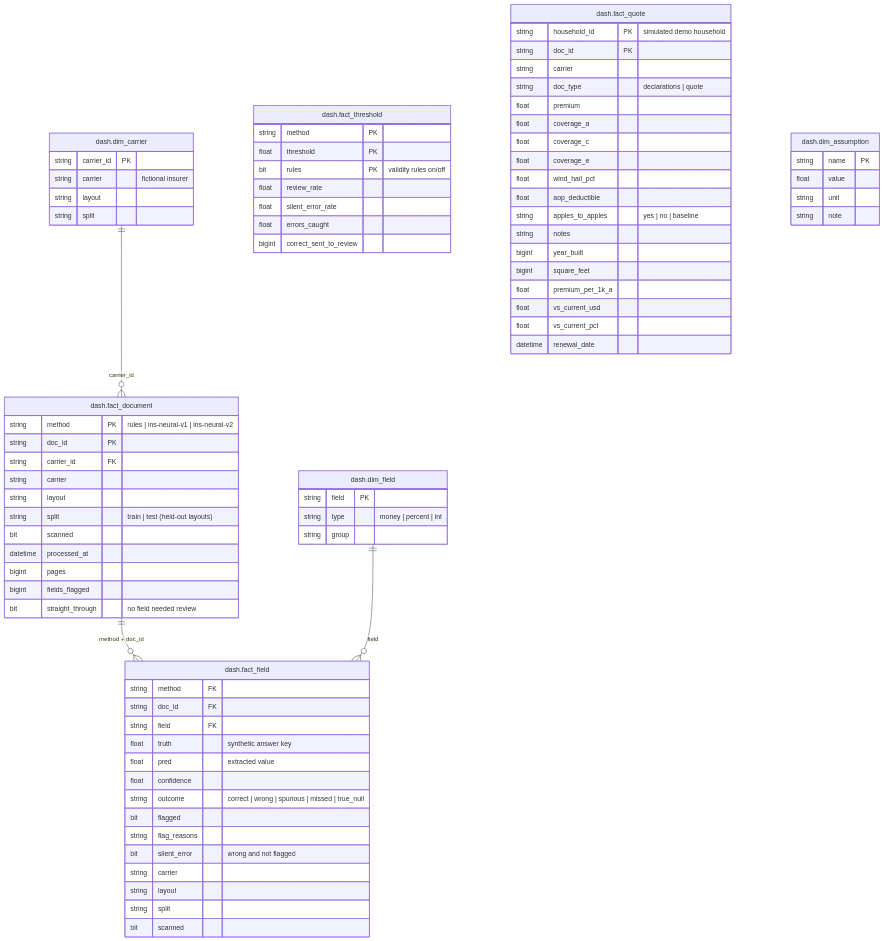
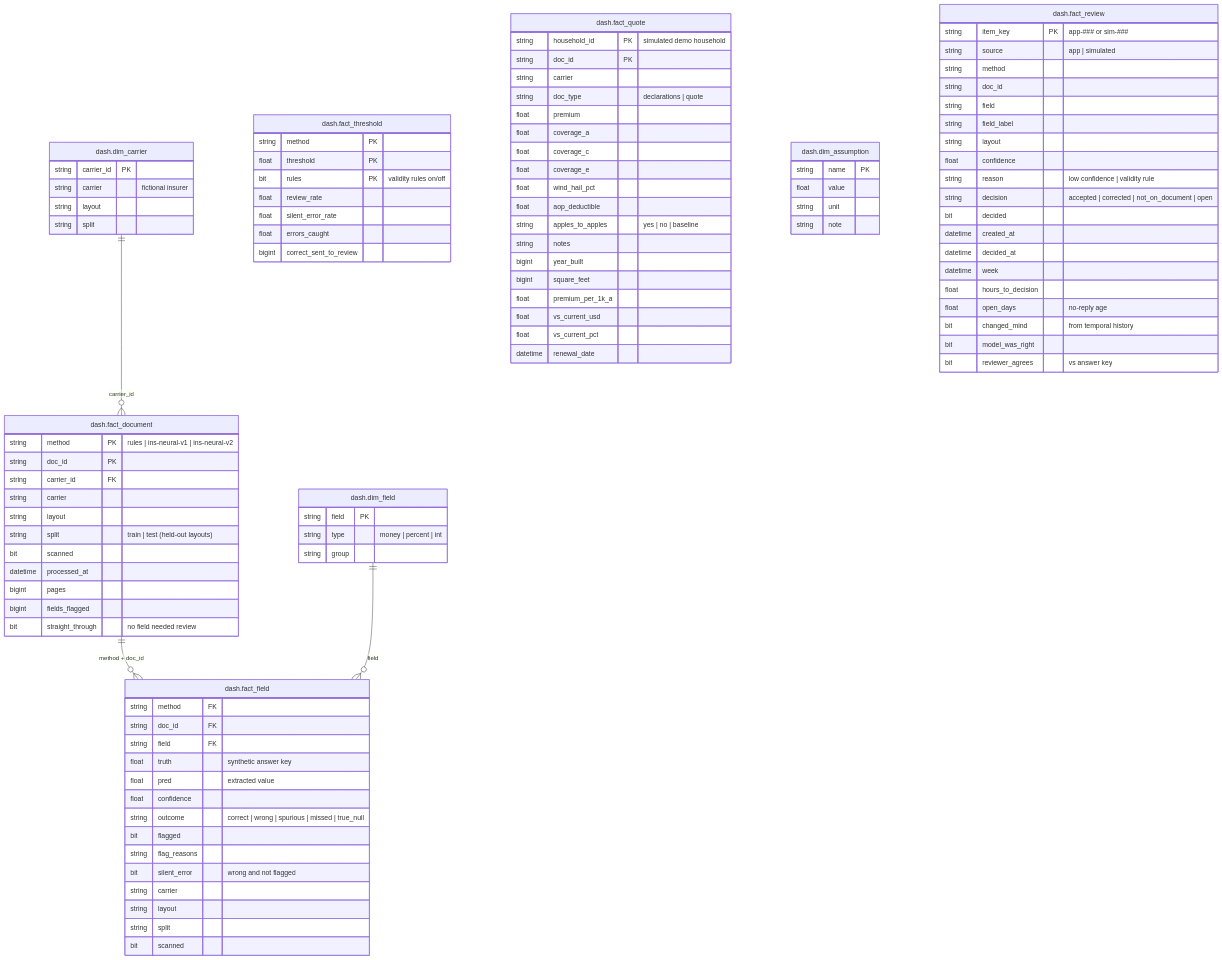
One commit to godot107/insurance-docai changed the first of 4 diagrams in docs/DATA_MODEL.md. Above: the diagram before and after it, drawn with Mermaid. The commit also changed other lines of this file and 29 other files, not shown here.

```diff
--- a/docs/DATA_MODEL.md
+++ b/docs/DATA_MODEL.md
@@ -96,6 +96,27 @@
     string unit
     string note
   }
+  fact_review["dash.fact_review"] {
+    string item_key PK "app-### or sim-###"
+    string source "app | simulated"
+    string method
+    string doc_id
+    string field
+    string field_label
+    string layout
+    float confidence
+    string reason "low confidence | validity rule"
+    string decision "accepted | corrected | not_on_document | open"
+    bit decided
+    datetime created_at
+    datetime decided_at
+    datetime week
+    float hours_to_decision
+    float open_days "no-reply age"
+    bit changed_mind "from temporal history"
+    bit model_was_right
+    bit reviewer_agrees "vs answer key"
+  }
   fact_document ||--o{ fact_field : "method + doc_id"
   dim_field ||--o{ fact_field : field
   dim_carrier ||--o{ fact_document : carrier_id
```
